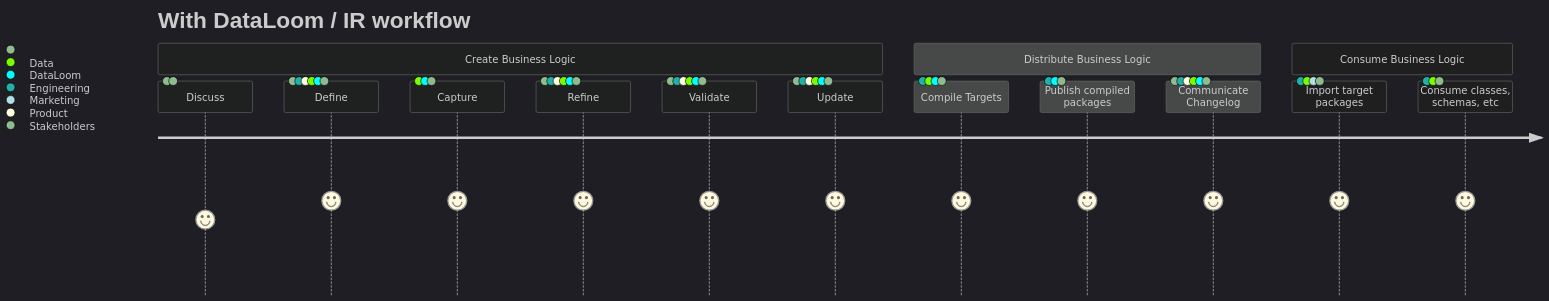
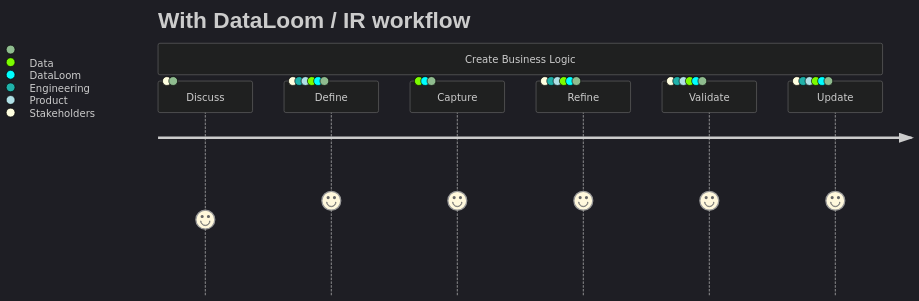
One commit to TheHaymaker/DataLoom changed the fourth of 6 diagrams in README.md. Above: the diagram before and after it, drawn with Mermaid. The commit also changed other lines of this file, not shown here.

Commit message:
Break up mermaid diagrams

````diff
--- a/README.md
+++ b/README.md
@@ -67,25 +82,15 @@
 ```mermaid
 ---
 title: With DataLoom / IR workflow
 config:
   theme: dark
 ---
 journey
    section Create Business Logic
-            Discuss: 4: Stakeholders,
-            Define: 5: Stakeholders, Engineering, Product, Data, DataLoom,
-            Capture: 5: Data, DataLoom,
-            Refine: 5: Stakeholders, Engineering, Product, Data, DataLoom,
-            Validate: 5: Stakeholders, Engineering, Product, Data, DataLoom,
-   
-            Update: 5: Stakeholders, Engineering, Product, Data, DataLoom,
-
-      section Distribute Business Logic
-         Compile Targets: 5: Engineering, Data, DataLoom,
-         Publish compiled packages: 5:  Engineering, DataLoom,
-         Communicate Changelog: 5: Stakeholders, Engineering, Product, Data, DataLoom,
- 
-      section Consume Business Logic
-         Import target packages: 5: Engineering, Data, Marketing,
-         Consume classes, schemas, etc: 5:  Engineering, Data,
+      Discuss: 4: Stakeholders,
+      Define: 5: Stakeholders, Engineering, Product, Data, DataLoom,
+      Capture: 5: Data, DataLoom,
+      Refine: 5: Stakeholders, Engineering, Product, Data, DataLoom,
+      Validate: 5: Stakeholders, Engineering, Product, Data, DataLoom,
+      Update: 5: Stakeholders, Engineering, Product, Data, DataLoom,   
 ```
````
